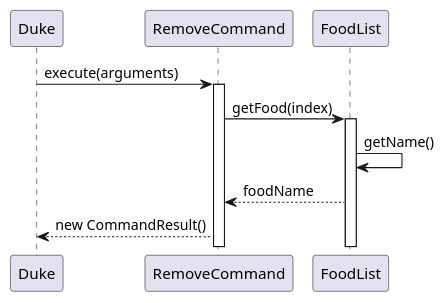
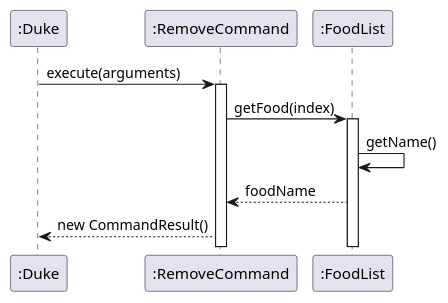
One commit to tsx0314/tp changed the diagram in docs/puml/RemoveCommandSequenceDiagram.puml. Above: the diagram before and after it, drawn with PlantUML. The commit also changed 15 other files, not shown here.

Commit message:
Update UML diagram according to TA's comment

```diff
--- a/docs/puml/RemoveCommandSequenceDiagram.puml
+++ b/docs/puml/RemoveCommandSequenceDiagram.puml
@@ -1,20 +1,20 @@
 @startuml
 'https://plantuml.com/sequence-diagram
 
-participant Duke
-participant RemoveCommand
+participant ":Duke"
+participant ":RemoveCommand"
 
 
-Duke -> RemoveCommand : execute(arguments)
-activate RemoveCommand
+":Duke" -> ":RemoveCommand" : execute(arguments)
+activate ":RemoveCommand"
 
-RemoveCommand -> FoodList : getFood(index)
-activate FoodList
+":RemoveCommand" -> ":FoodList" : getFood(index)
+activate ":FoodList"
 
-FoodList -> FoodList : getName()
+":FoodList" -> ":FoodList" : getName()
 
-FoodList --> RemoveCommand : foodName
+":FoodList" --> ":RemoveCommand" : foodName
 
-RemoveCommand --> Duke : new CommandResult()
+":RemoveCommand" --> ":Duke" : new CommandResult()
 
 @enduml
```
